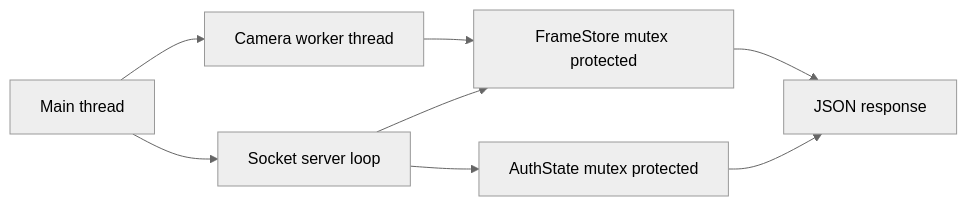
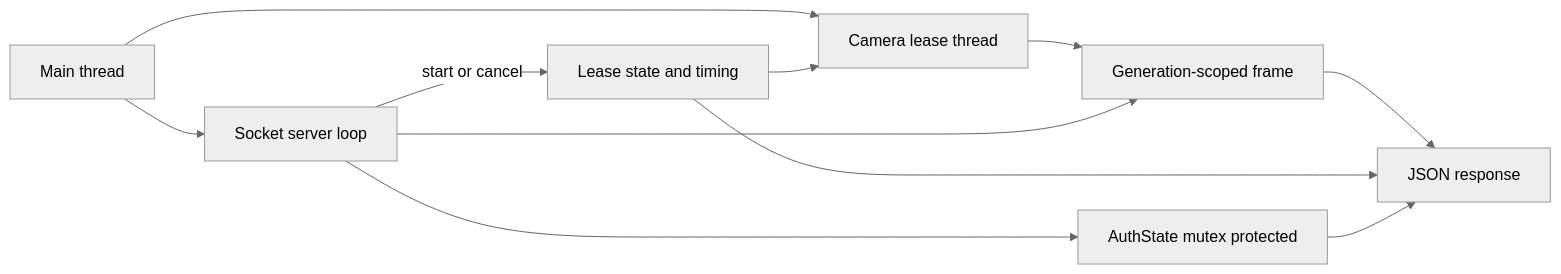
Before and after one commit to justneeraj12/face-unlock-linux: the second of 5 diagrams in docs/architecture.md, drawn with Mermaid (neutral theme). The commit also changed other lines of this file and 15 other files, not shown here.

````diff
--- a/docs/architecture.md
+++ b/docs/architecture.md
@@ -132,18 +135,21 @@
 ```mermaid
 flowchart LR
     Main[Main thread]
-    CameraThread[Camera worker thread]
+    LeaseThread[Camera lease thread]
     SocketLoop[Socket server loop]
-    Store[FrameStore mutex protected]
+    Store[Generation-scoped frame]
+    LeaseState[Lease state and timing]
     AuthState[AuthState mutex protected]
 
-    Main --> CameraThread
+    Main --> LeaseThread
     Main --> SocketLoop
-
-    CameraThread --> Store
+    SocketLoop -->|start or cancel| LeaseState
+    LeaseState --> LeaseThread
+    LeaseThread --> Store
     SocketLoop --> Store
     SocketLoop --> AuthState
 
     Store --> Response[JSON response]
+    LeaseState --> Response
     AuthState --> Response
 ```
````
